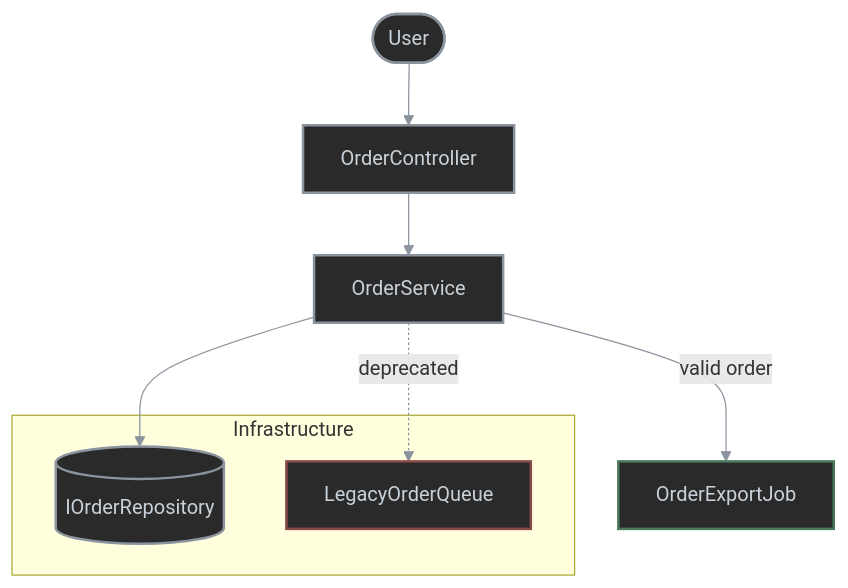
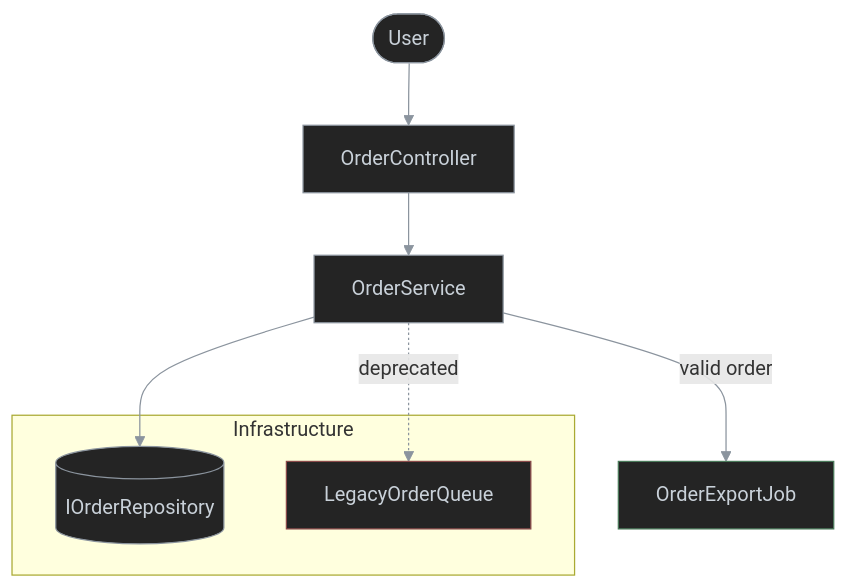
One commit to antshc/mermaid changed the third of 6 diagrams in README.md. Above: the diagram before and after it, drawn with Mermaid. The commit also changed other lines of this file, not shown here.

````diff
--- a/README.md
+++ b/README.md
@@ -140,25 +140,25 @@
 ```mermaid
 %%{init: {'themeVariables': {'lineColor': '#8b949e'}}}%%
 flowchart TD
     User(["User"])
     Api["OrderController"]
     Svc["OrderService"]
     Repo[("IOrderRepository")]
     Queue["OrderExportJob"]:::added
     Legacy["LegacyOrderQueue"]:::removed
 
     User --> Api
     Api --> Svc
     Svc --> Repo
     Svc -- valid order --> Queue
     Svc -. deprecated .-> Legacy
 
     subgraph Infrastructure
         Repo
         Legacy
     end
 
-    classDef default fill:#2a2a2a,stroke:#8b949e,color:#c9d1d9,stroke-width:2px
-    classDef added stroke:#4a7a5a,stroke-width:2px
-    classDef removed stroke:#8a4a4a,stroke-width:2px
+    classDef default fill:#242424,stroke:#8b949e,color:#c9d1d9,stroke-width:1px
+    classDef added stroke:#4a7a5a,stroke-width:1px
+    classDef removed stroke:#8a4a4a,stroke-width:1px
 ```
````
